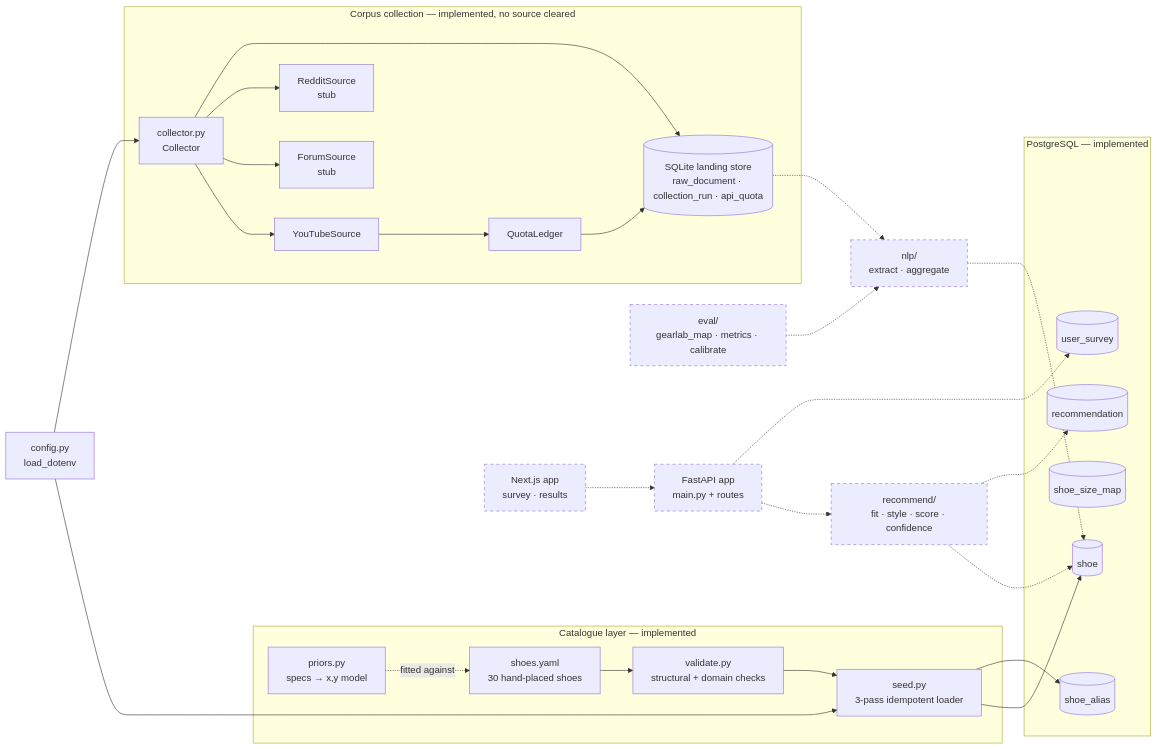
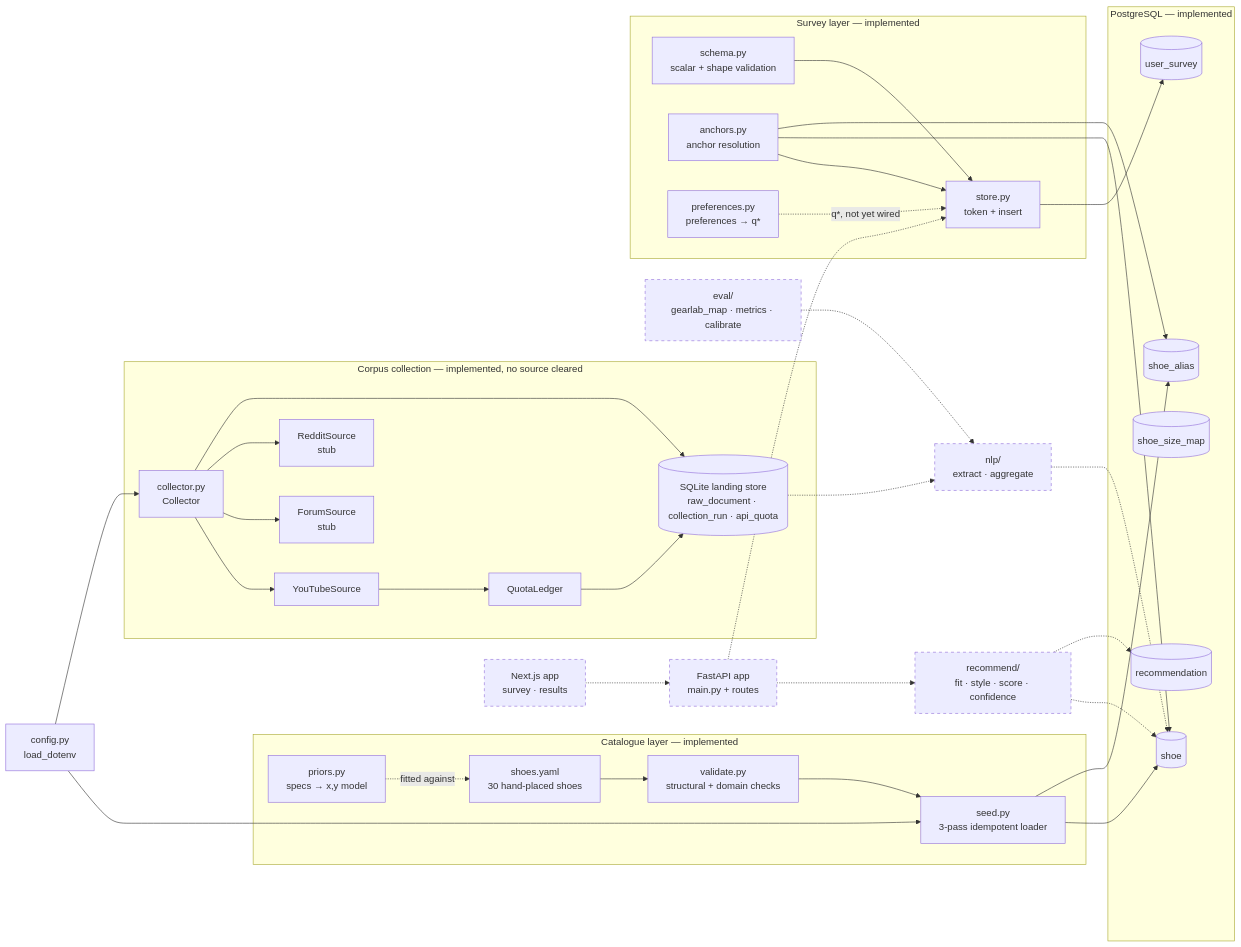
The first of 2 diagrams in docs/ARCHITECTURE.md (barlu3/CruxUp), drawn with Mermaid before and after one commit. The commit also changed other lines of this file and 3 other files, not shown here.

Commit message:
accomplished W4-2 with newly committed W4-1 fixes. see timeline.md

````diff
--- a/docs/ARCHITECTURE.md
+++ b/docs/ARCHITECTURE.md
@@ -34,51 +34,63 @@
 ```mermaid
 flowchart LR
   subgraph Catalogue["Catalogue layer — implemented"]
     YAML[shoes.yaml<br/>30 hand-placed shoes]
     VAL[validate.py<br/>structural + domain checks]
     PRI[priors.py<br/>specs → x,y model]
     SEED[seed.py<br/>3-pass idempotent loader]
   end
 
   subgraph DB["PostgreSQL — implemented"]
     SHOE[(shoe)]
     ALIAS[(shoe_alias)]
     SIZE[(shoe_size_map)]
     SURV[(user_survey)]
     REC[(recommendation)]
   end
 
   subgraph Collect["Corpus collection — implemented, no source cleared"]
     COLL[collector.py<br/>Collector]
     YT[YouTubeSource]
     FOR[ForumSource<br/>stub]
     RED[RedditSource<br/>stub]
     LEDGER[QuotaLedger]
     LAND[(SQLite landing store<br/>raw_document · collection_run · api_quota)]
   end
 
+  subgraph Survey["Survey layer — implemented"]
+    SCH[schema.py<br/>scalar + shape validation]
+    ANC[anchors.py<br/>anchor resolution]
+    STO[store.py<br/>token + insert]
+    PREF[preferences.py<br/>preferences → q*]
+  end
+
   CFG[config.py<br/>load_dotenv]
 
   YAML --> VAL --> SEED --> SHOE
   SEED --> ALIAS
   PRI -. fitted against .-> YAML
   CFG --> SEED
   CFG --> COLL
   COLL --> YT & FOR & RED
   YT --> LEDGER --> LAND
   COLL --> LAND
+  SCH --> STO
+  ANC --> STO
+  ANC --> SHOE & ALIAS
+  STO --> SURV
+  PREF -.->|"q*, not yet wired"| STO
 
   API[FastAPI app<br/>main.py + routes]:::planned
   SCORE[recommend/<br/>fit · style · score · confidence]:::planned
   NLP[nlp/<br/>extract · aggregate]:::planned
   EVAL[eval/<br/>gearlab_map · metrics · calibrate]:::planned
   WEB[Next.js app<br/>survey · results]:::planned
 
   WEB -.-> API -.-> SCORE -.-> SHOE
-  API -.-> SURV
+  API -.-> STO
   SCORE -.-> REC
   LAND -.-> NLP -.-> SHOE
   EVAL -.-> NLP
 
   classDef planned stroke-dasharray: 5 5
 ```
````
